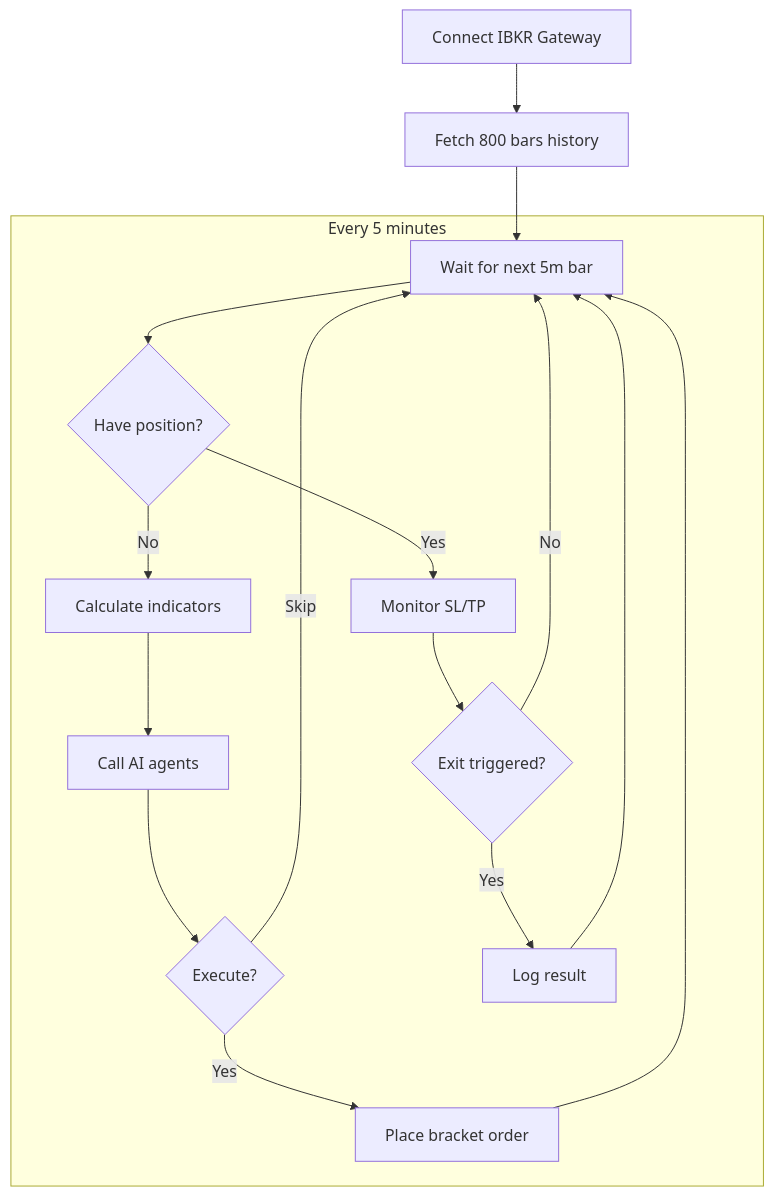
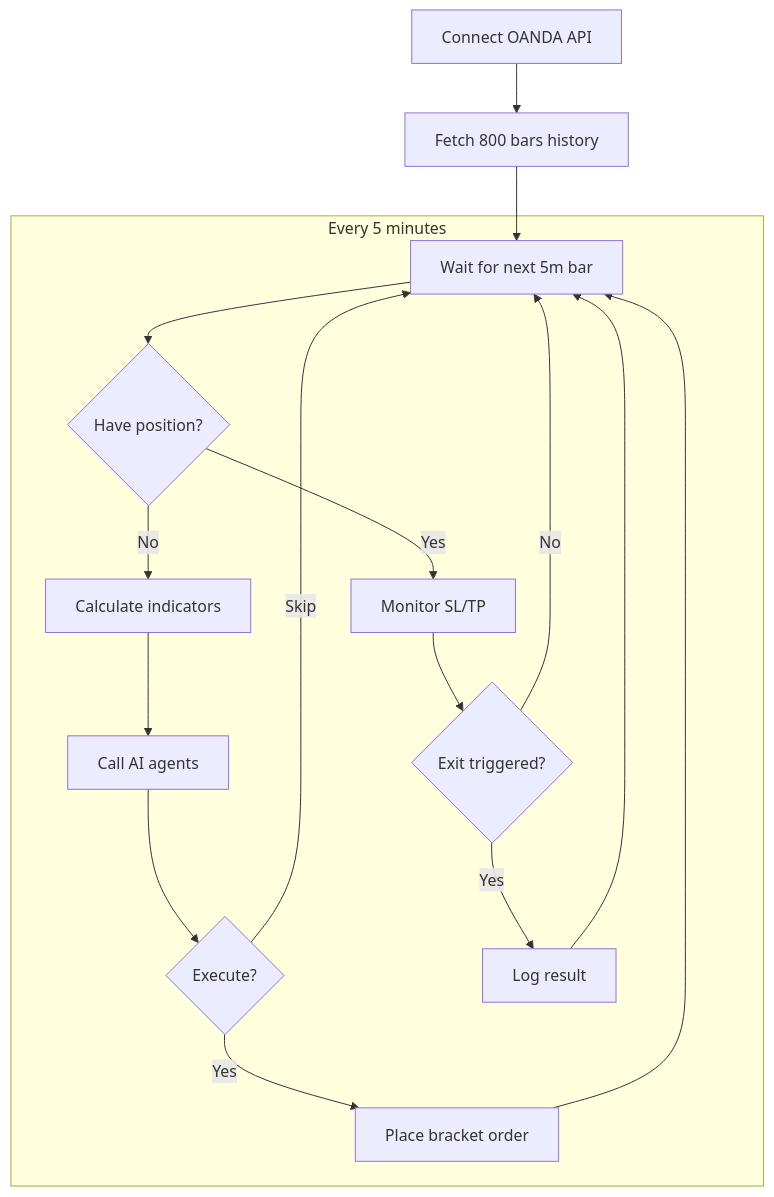
Before and after one commit to grodcas/tradebot: the fourth of 4 diagrams in docs/STRUCTURE.md, drawn with Mermaid. The commit also changed other lines of this file and 8 other files, not shown here.

First line of the commit message:
Switch from IBKR to OANDA for historical data

````diff
--- a/docs/STRUCTURE.md
+++ b/docs/STRUCTURE.md
@@ -151,21 +151,21 @@
 ```mermaid
 flowchart TB
-    A[Connect IBKR Gateway] --> B[Fetch 800 bars history]
+    A[Connect OANDA API] --> B[Fetch 800 bars history]
     B --> C[Wait for next 5m bar]
 
     subgraph LOOP["Every 5 minutes"]
         C --> D{Have position?}
         D -->|No| E[Calculate indicators]
         E --> F[Call AI agents]
         F --> G{Execute?}
         G -->|Yes| H[Place bracket order]
         G -->|Skip| C
         D -->|Yes| I[Monitor SL/TP]
         I --> J{Exit triggered?}
         J -->|Yes| K[Log result]
         J -->|No| C
     end
 
     H --> C
     K --> C
 ```
````
